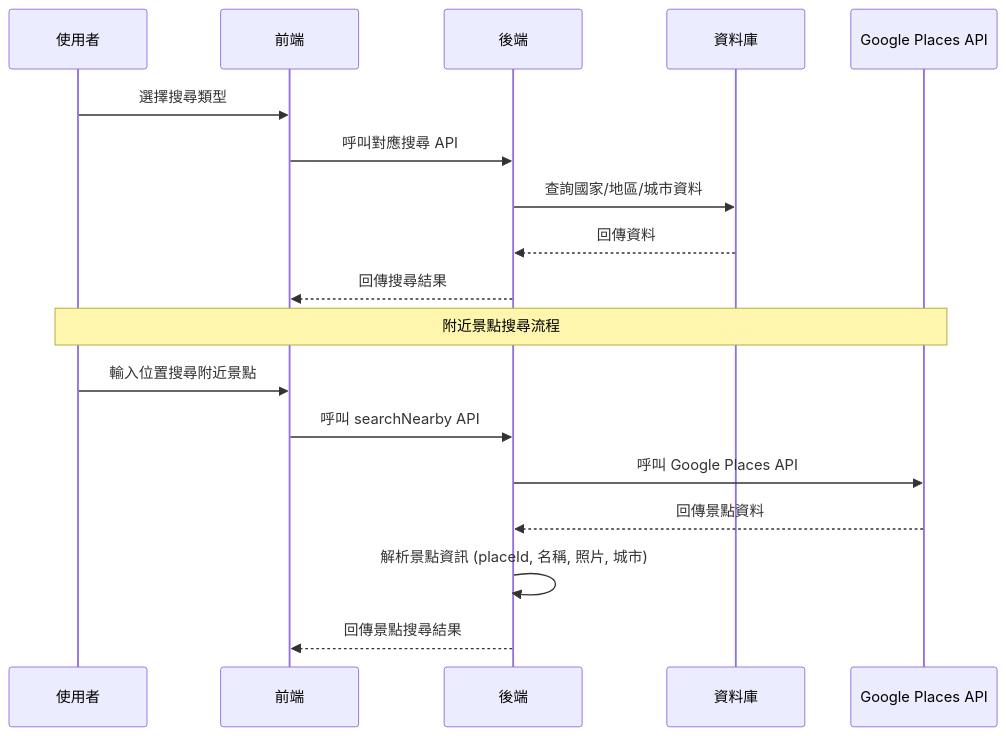
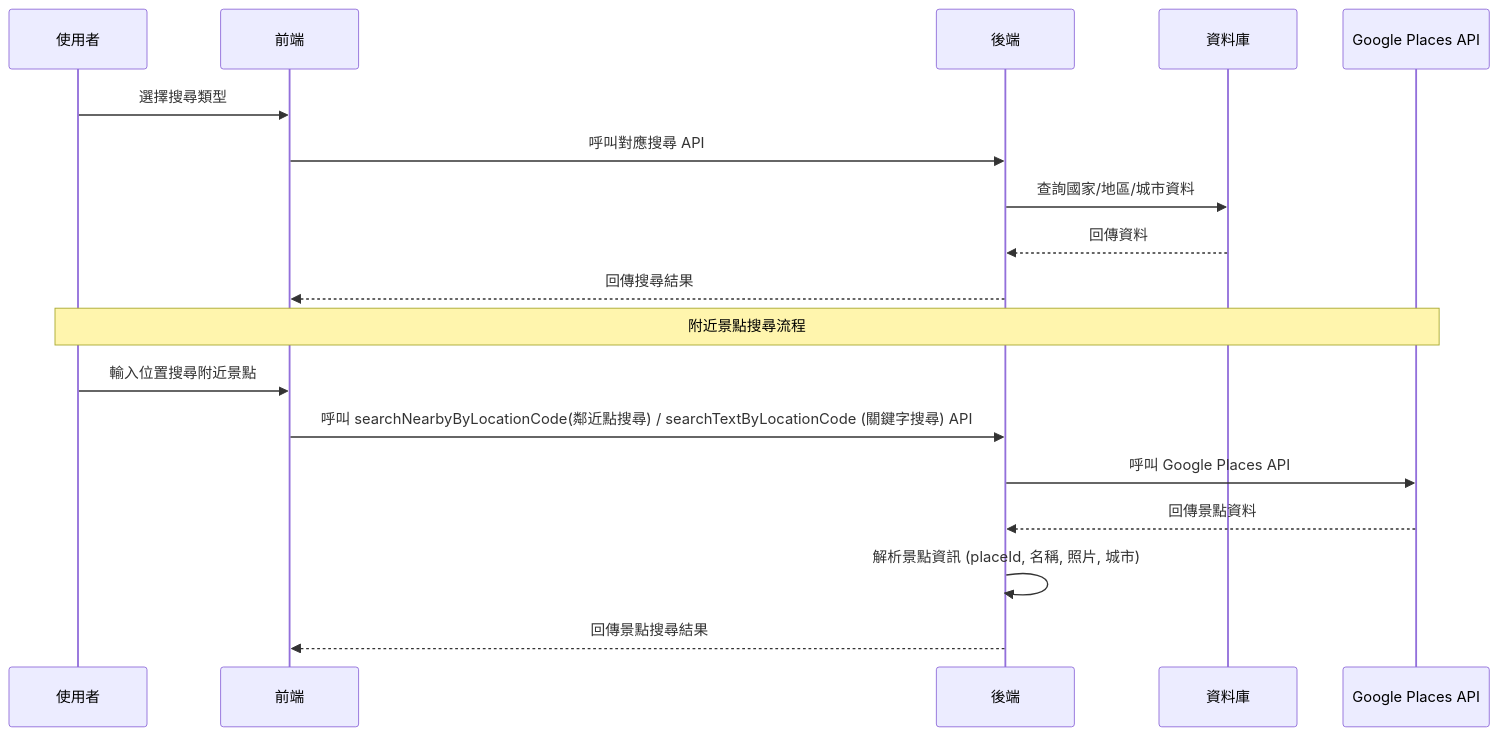
The diagram in backend/docs/search.md (loveu8/TravelPlanWithAccounting), drawn with Mermaid before and after one commit.

Commit message:
修正文件文案

````diff
--- a/backend/docs/search.md
+++ b/backend/docs/search.md
@@ -7,22 +7,22 @@
 ```mermaid
 sequenceDiagram
     participant User as 使用者
     participant FE as 前端
     participant BE as 後端
     participant DB as 資料庫
     participant Google as Google Places API
 
     User->>FE: 選擇搜尋類型
     FE->>BE: 呼叫對應搜尋 API
     BE->>DB: 查詢國家/地區/城市資料
     DB-->>BE: 回傳資料
     BE-->>FE: 回傳搜尋結果
     
     Note over User,Google: 附近景點搜尋流程
     User->>FE: 輸入位置搜尋附近景點
-    FE->>BE: 呼叫 searchNearby API
+    FE->>BE: 呼叫 searchNearbyByLocationCode(鄰近點搜尋) / searchTextByLocationCode (關鍵字搜尋) API
     BE->>Google: 呼叫 Google Places API
     Google-->>BE: 回傳景點資料
     BE->>BE: 解析景點資訊 (placeId, 名稱, 照片, 城市)
     BE-->>FE: 回傳景點搜尋結果
 ```
````
